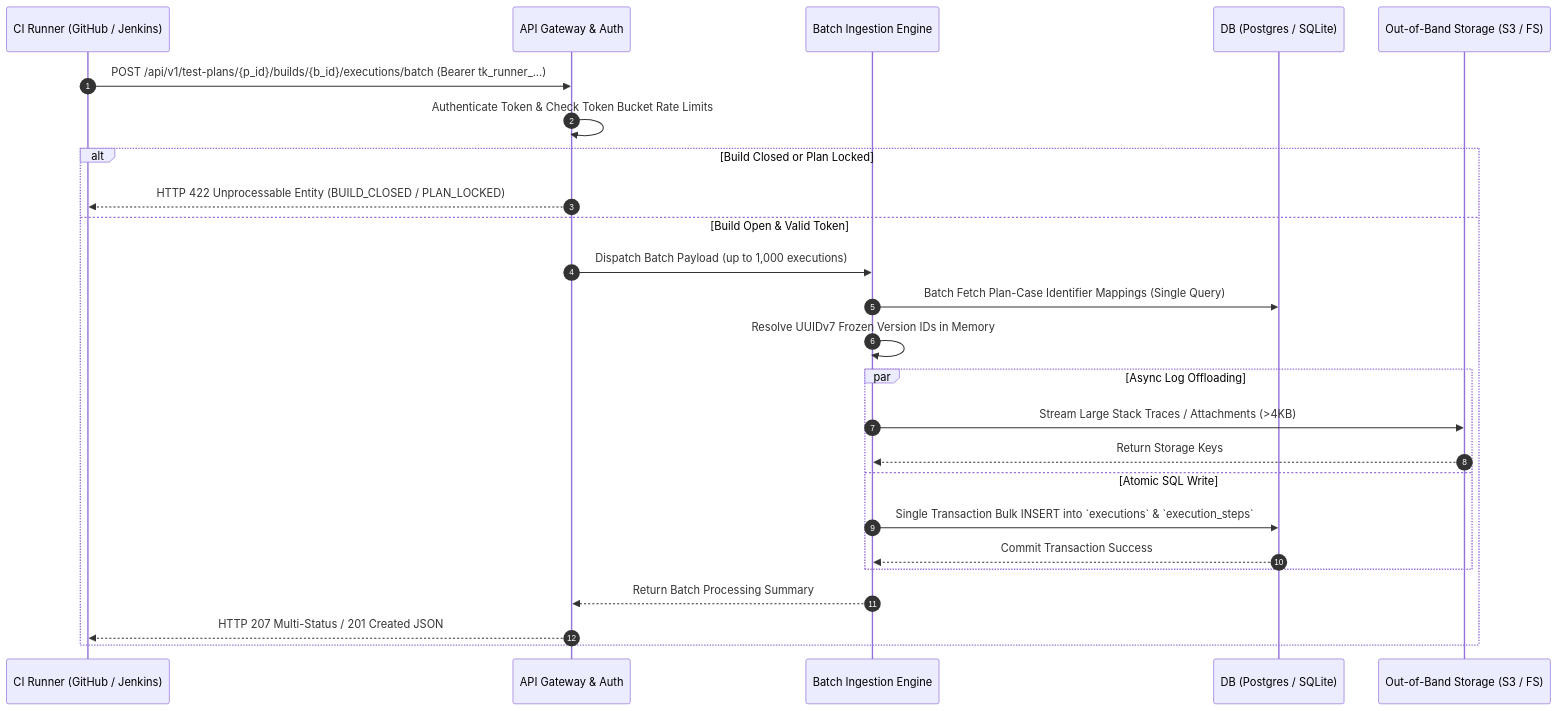
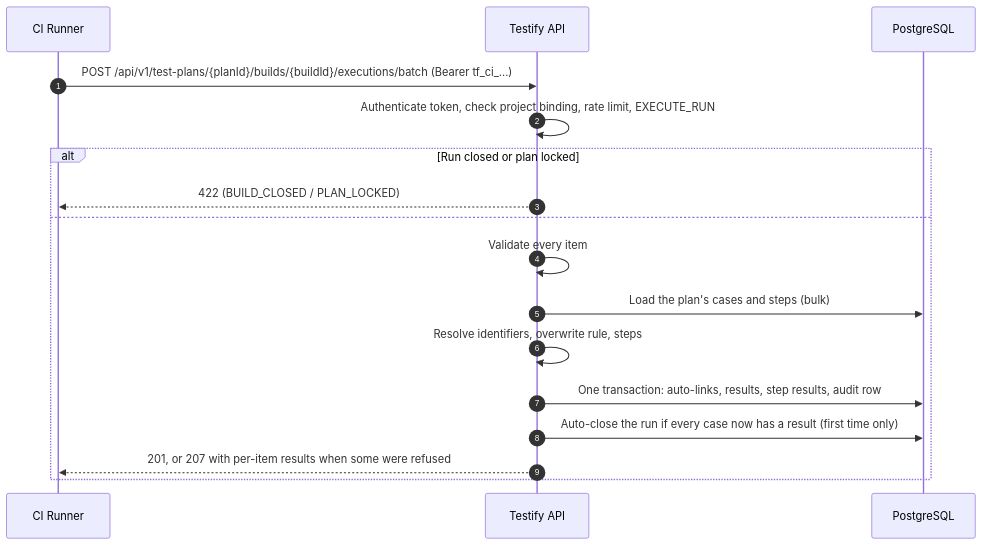
The first of 2 diagrams in docs/rfc_03_api_and_xml_contracts.md (ElliotNewtonMiller/Testify), drawn with Mermaid before and after one commit. The commit also changed other lines of this file and 16 other files, not shown here.

````diff
--- a/docs/rfc_03_api_and_xml_contracts.md
+++ b/docs/rfc_03_api_and_xml_contracts.md
@@ -837,30 +593,20 @@
 ```mermaid
 sequenceDiagram
     autonumber
-    participant CI as CI Runner (GitHub / Jenkins)
-    participant GW as API Gateway & Auth
-    participant Proc as Batch Ingestion Engine
-    participant DB as DB (Postgres / SQLite)
-    participant Storage as Out-of-Band Storage (S3 / FS)
+    participant CI as CI Runner
+    participant API as Testify API
+    participant DB as PostgreSQL
 
-    CI->>GW: POST /api/v1/test-plans/{p_id}/builds/{b_id}/executions/batch (Bearer tk_runner_...)
-    GW->>GW: Authenticate Token & Check Token Bucket Rate Limits
-    alt Build Closed or Plan Locked
-        GW-->>CI: HTTP 422 Unprocessable Entity (BUILD_CLOSED / PLAN_LOCKED)
-    else Build Open & Valid Token
-        GW->>Proc: Dispatch Batch Payload (up to 1,000 executions)
-        Proc->>DB: Batch Fetch Plan-Case Identifier Mappings (Single Query)
-        Proc->>Proc: Resolve UUIDv7 Frozen Version IDs in Memory
-        
-        par Async Log Offloading
-            Proc->>Storage: Stream Large Stack Traces / Attachments (>4KB)
-            Storage-->>Proc: Return Storage Keys
-        and Atomic SQL Write
-            Proc->>DB: Single Transaction Bulk INSERT into `executions` & `execution_steps`
-            DB-->>Proc: Commit Transaction Success
-        end
-
-        Proc-->>GW: Return Batch Processing Summary
-        GW-->>CI: HTTP 207 Multi-Status / 201 Created JSON
+    CI->>API: POST /api/v1/test-plans/{planId}/builds/{buildId}/executions/batch (Bearer tf_ci_...)
+    API->>API: Authenticate token, check project binding, rate limit, EXECUTE_RUN
+    alt Run closed or plan locked
+        API-->>CI: 422 (BUILD_CLOSED / PLAN_LOCKED)
+    else
+        API->>API: Validate every item
+        API->>DB: Load the plan's cases and steps (bulk)
+        API->>API: Resolve identifiers, overwrite rule, steps
+        API->>DB: One transaction: auto-links, results, step results, audit row
+        API->>DB: Auto-close the run if every case now has a result (first time only)
+        API-->>CI: 201, or 207 with per-item results when some were refused
     end
 ```
````
